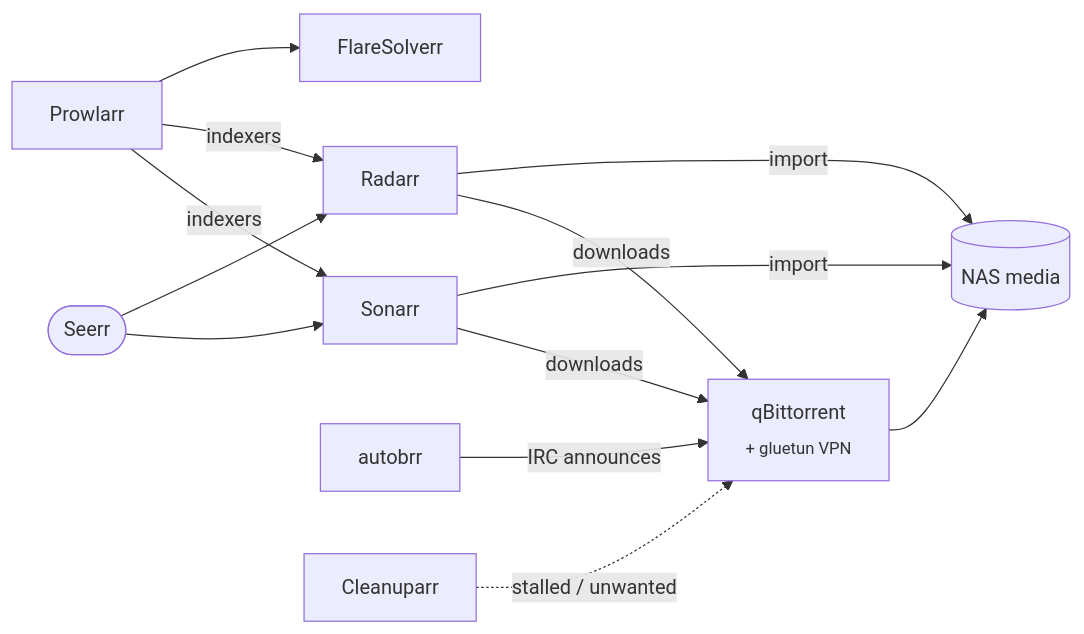
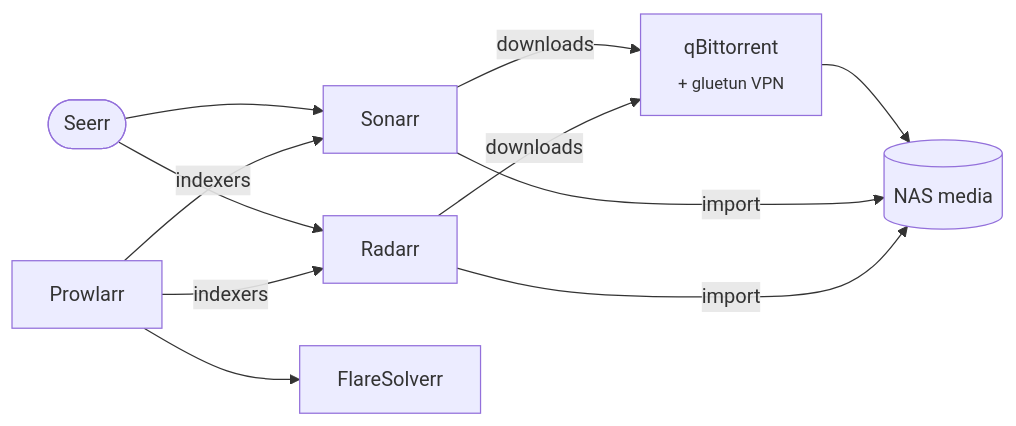
The diagram in k8s/apps/arr-stack/README.md (giovanni-picco/Polaris), drawn with Mermaid before and after one commit. The commit also changed other lines of this file and 12 other files, not shown here.

Commit message:
feat: uninstall autobrr and cleanuparr

````diff
--- a/k8s/apps/arr-stack/README.md
+++ b/k8s/apps/arr-stack/README.md
@@ -12,11 +12,9 @@
 ```mermaid
 flowchart LR
     seerr([Seerr]) --> sonarr & radarr
     prowlarr[Prowlarr] -->|indexers| sonarr[Sonarr] & radarr[Radarr]
     prowlarr --> flare[FlareSolverr]
-    autobrr[autobrr] -->|IRC announces| qbit
     sonarr & radarr -->|downloads| qbit[qBittorrent<br/><sub>+ gluetun VPN</sub>]
-    cleanup[Cleanuparr] -.->|stalled / unwanted| qbit
     qbit --> nas[(NAS media)]
     sonarr & radarr -->|import| nas
 ```
````
